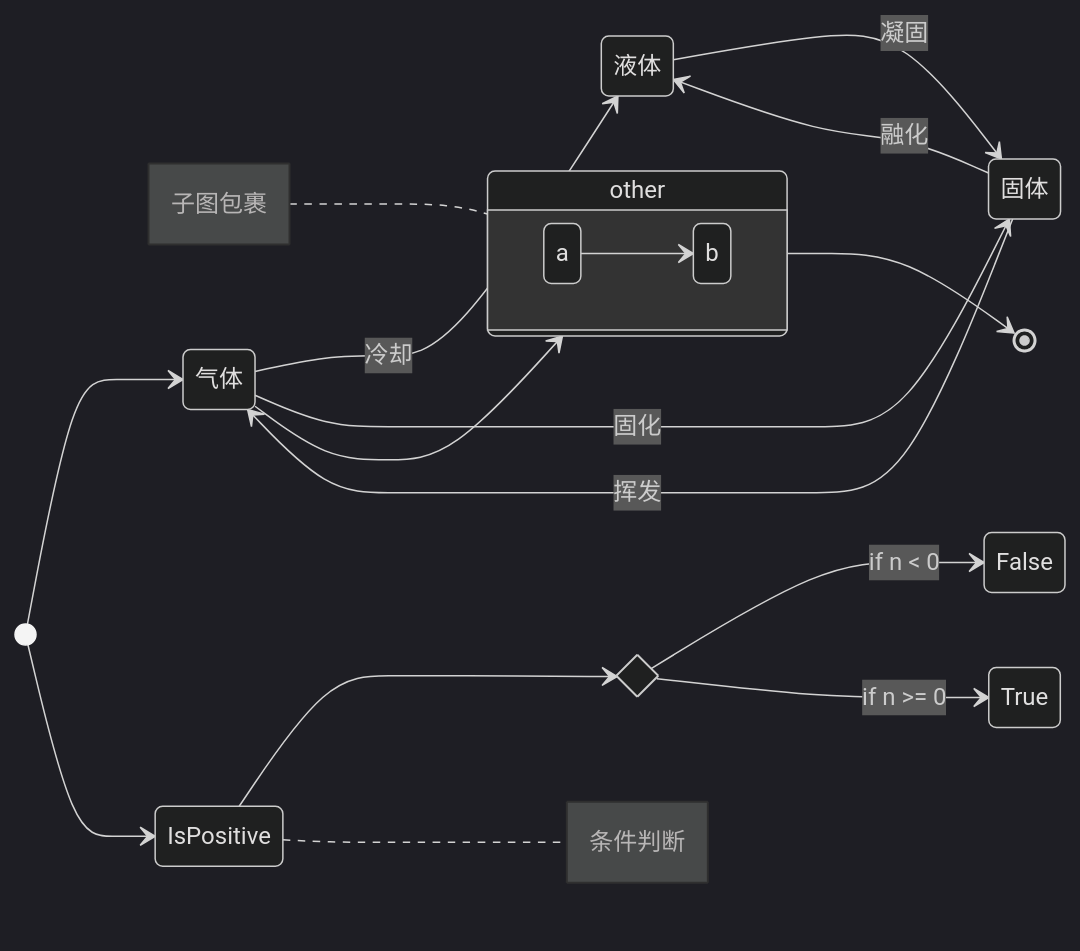
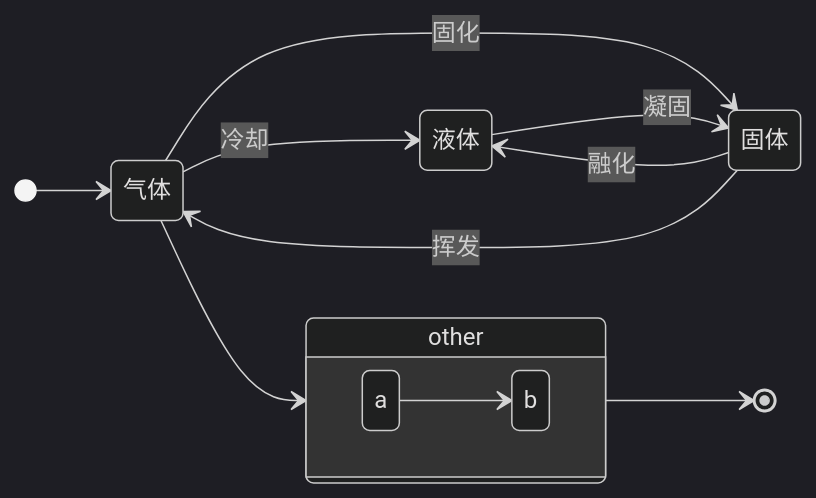
One commit to Gaohaoyang/gaohaoyang.github.io changed the second of 2 diagrams in _posts/2021-04-01-dialogue-manager.md. Above: the diagram before and after it, drawn with Mermaid (dark theme).

Commit message:
更新FSM图形

```diff
--- a/_posts/2021-04-01-dialogue-manager.md
+++ b/_posts/2021-04-01-dialogue-manager.md
@@ -1256,26 +1256,16 @@
 <div class="mermaid">
 stateDiagram-v2
     direction LR
     [*] --> 气体
     气体 --> 液体:冷却
     气体 --> 固体:固化
     固体 --> 液体:融化
     液体 --> 固体:凝固
     固体 --> 气体:挥发
     state other {
         direction LR
         a --> b
     }
     气体 --> other
     other --> [*]
-
-    note left of other : 子图包裹
-    
-    state if_state <<choice>>
-    [*] --> IsPositive
-    IsPositive --> if_state
-    if_state --> False: if n < 0
-    if_state --> True : if n >= 0
-
-    note right of IsPositive : 条件判断
 </div>   
```
